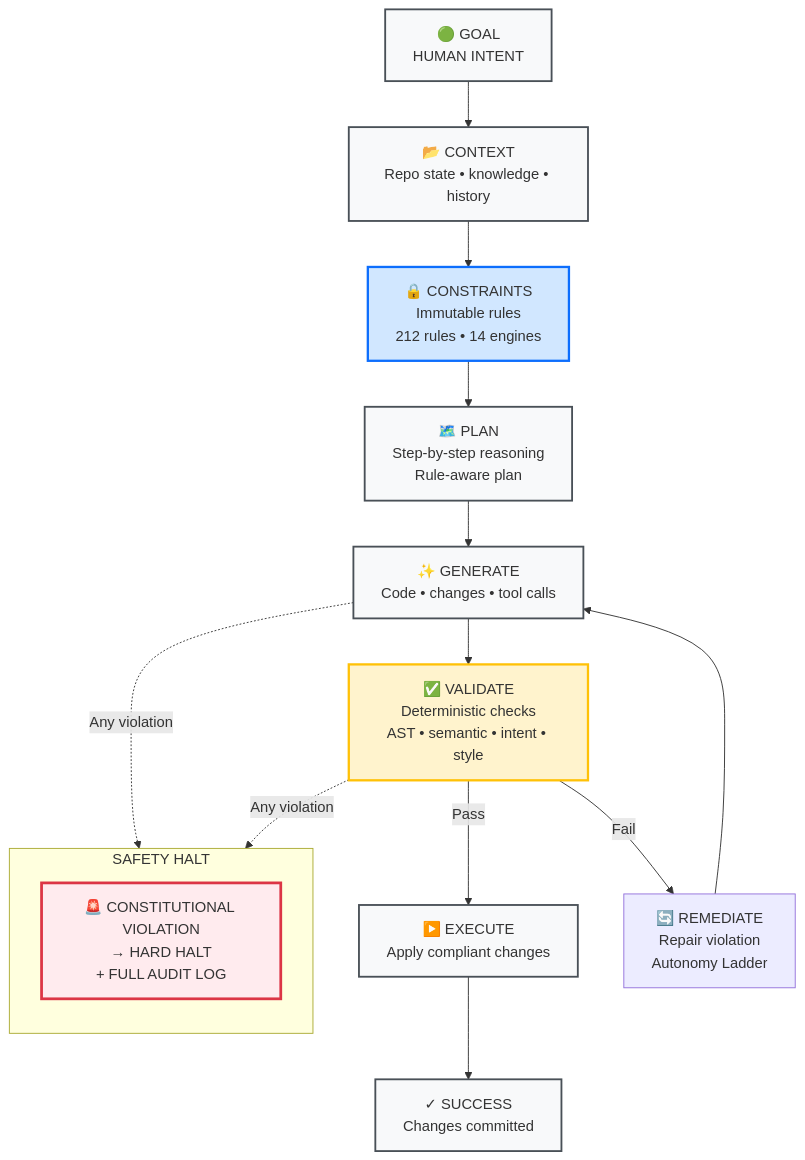
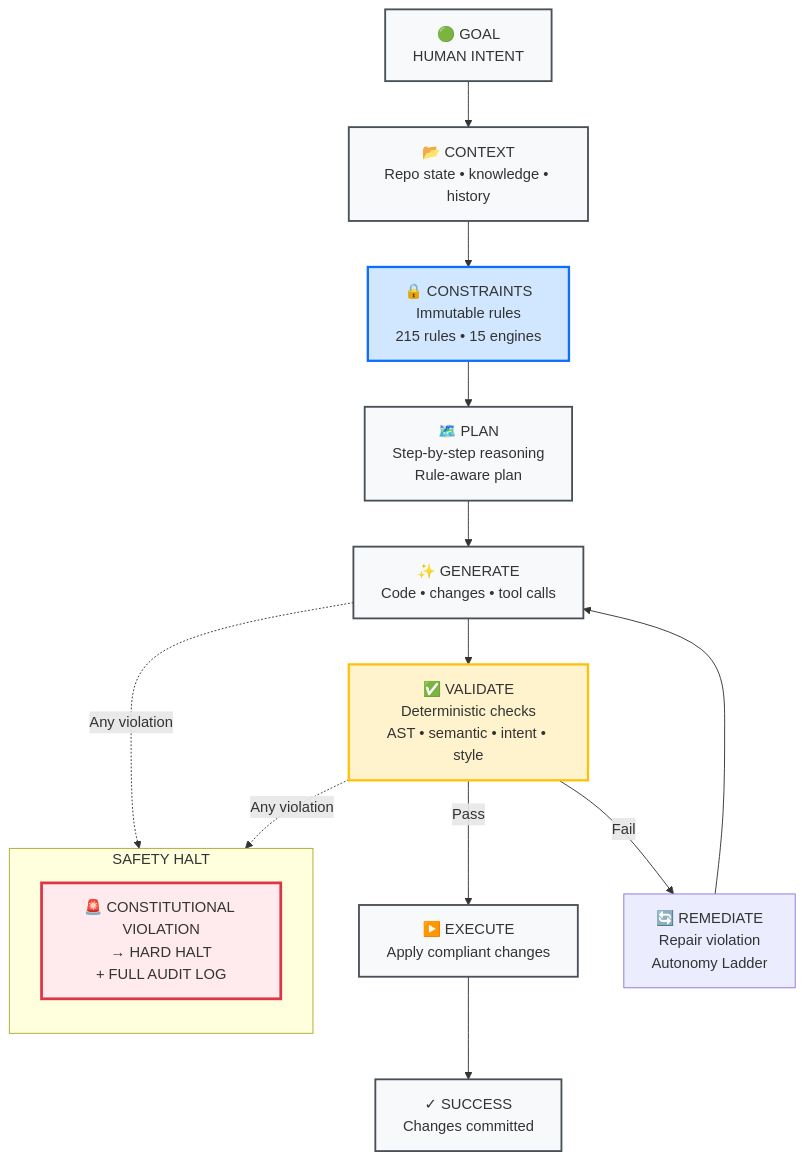
The diagram in README.md (DariuszNewecki/CORE), drawn with Mermaid before and after one commit. The commit also changed other lines of this file and 2 other files, not shown here.

Commit message:
docs: sync rule counts, add SECURITY.md
README.md and docs/how-it-works.md counts were trailing the source by 3
rules, 2 rule docs, 2 mapped, 1 unmapped, and 1 engine — all now correct
per check_readme_counts.sh (7 checks pass).

SECURITY.md establishes responsible disclosure via GitHub Private
Security Advisories, scopes the security surface (JWT/role boundary,
governance token, .intent/ immutability, proposal approval gate, commit
authorship integrity), and sets a 7-day acknowledgement / 90-day embargo
coordinated disclosure model.

````diff
--- a/README.md
+++ b/README.md
@@ -134,30 +134,30 @@
 ```mermaid
 flowchart TD
     A["🟢 GOAL\nHUMAN INTENT"] --> B["📂 CONTEXT\nRepo state • knowledge • history"]
-    B --> C["🔒 CONSTRAINTS\nImmutable rules\n212 rules • 14 engines"]
+    B --> C["🔒 CONSTRAINTS\nImmutable rules\n215 rules • 15 engines"]
     C --> D["🗺️ PLAN\nStep-by-step reasoning\nRule-aware plan"]
     D --> E["✨ GENERATE\nCode • changes • tool calls"]
     E --> F["✅ VALIDATE\nDeterministic checks\nAST • semantic • intent • style"]
     F -->|Pass| G["▶️ EXECUTE\nApply compliant changes"]
     F -->|Fail| H["🔄 REMEDIATE\nRepair violation\nAutonomy Ladder"]
     H --> E
     G --> I["✓ SUCCESS\nChanges committed"]
 
     subgraph "SAFETY HALT"
         direction TB
         J["🚨 CONSTITUTIONAL VIOLATION\n→ HARD HALT\n+ FULL AUDIT LOG"]
     end
 
     E -.->|Any violation| J
     F -.->|Any violation| J
 
     classDef phase      fill:#f8f9fa,stroke:#495057,stroke-width:2px
     classDef constraint fill:#d1e7ff,stroke:#0d6efd,stroke-width:2.5px
     classDef validate   fill:#fff3cd,stroke:#ffc107,stroke-width:2.5px
     classDef halt       fill:#ffebee,stroke:#dc3545,stroke-width:3px
 
     class A,B,D,E,G,I phase
     class C constraint
     class F validate
     class J halt
 ```
````
